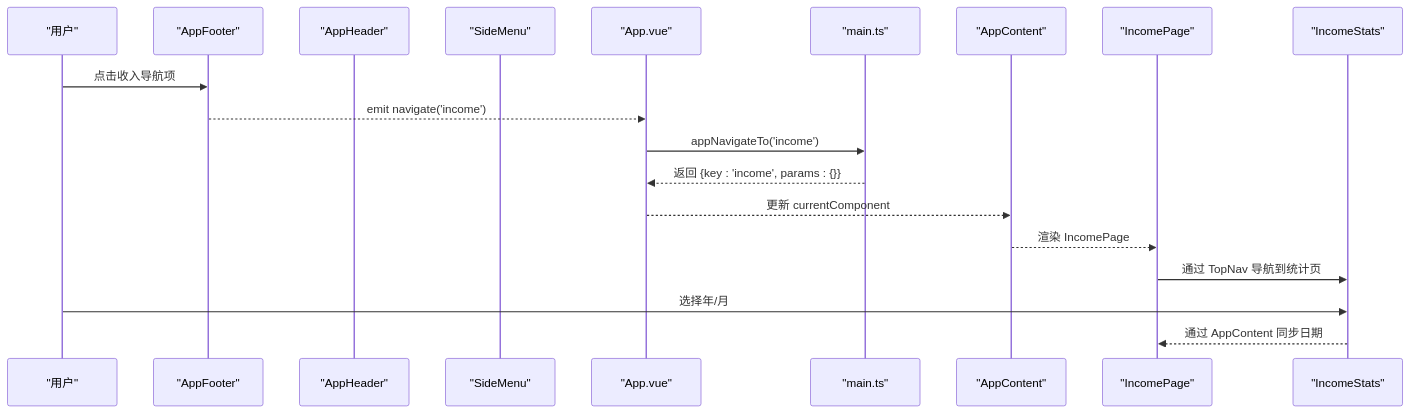
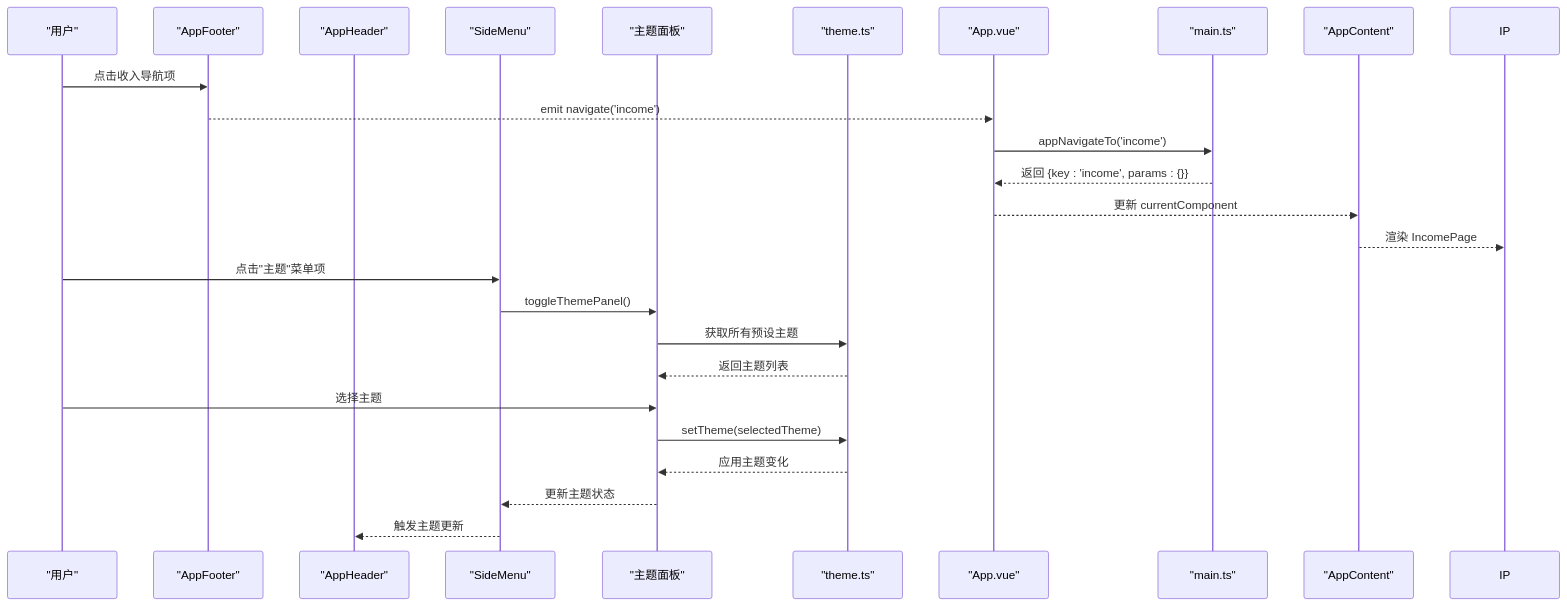
Before and after one commit to xiao-lin-unit/yuan: the second of 8 diagrams in .qoder/repowiki/zh/content/UI组件/导航组件.md, drawn with Mermaid. The commit also changed other lines of this file and 7 other files, not shown here.

````diff
--- a/.qoder/repowiki/zh/content/UI组件/导航组件.md
+++ b/.qoder/repowiki/zh/content/UI组件/导航组件.md
@@ -155,21 +168,27 @@
 ```mermaid
 sequenceDiagram
 participant U as "用户"
 participant AF as "AppFooter"
 participant AH as "AppHeader"
 participant SM as "SideMenu"
+participant TP as "主题面板"
+participant TS as "theme.ts"
 participant App as "App.vue"
 participant Main as "main.ts"
 participant AC as "AppContent"
-participant IP as "IncomePage"
-participant AS as "IncomeStats"
 U->>AF : 点击收入导航项
 AF-->>App : emit navigate('income')
 App->>Main : appNavigateTo('income')
 Main-->>App : 返回 {key : 'income', params : {}}
 App-->>AC : 更新 currentComponent
 AC-->>IP : 渲染 IncomePage
-IP->>AS : 通过 TopNav 导航到统计页
-U->>AS : 选择年/月
-AS-->>IP : 通过 AppContent 同步日期
+U->>SM : 点击"主题"菜单项
+SM->>TP : toggleThemePanel()
+TP->>TS : 获取所有预设主题
+TS-->>TP : 返回主题列表
+U->>TP : 选择主题
+TP->>TS : setTheme(selectedTheme)
+TS-->>TP : 应用主题变化
+TP-->>SM : 更新主题状态
+SM-->>AH : 触发主题更新
 ```
````
